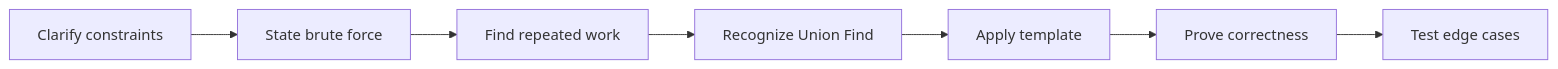
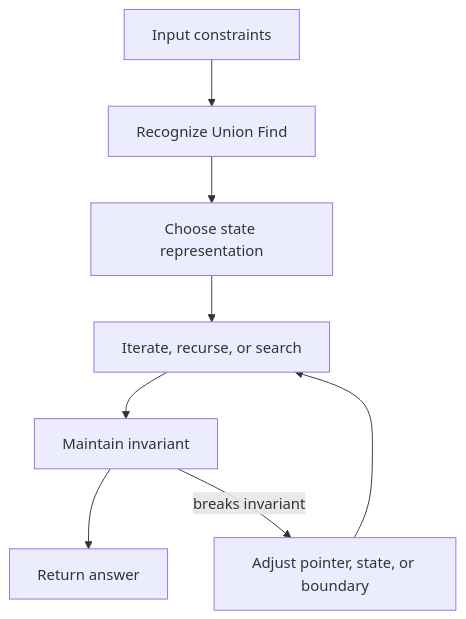
The second of 2 diagrams in coding-round/patterns/union-find/index.md (abstractinterviews/abstractinterviews.github.io), drawn with Mermaid before and after one commit. The commit also changed other lines of this file and 278 other files, not shown here.

````diff
--- a/coding-round/patterns/union-find/index.md
+++ b/coding-round/patterns/union-find/index.md
@@ -123,9 +121,10 @@
-~~~mermaid
-flowchart LR
-    A["Clarify constraints"] --> B["State brute force"]
-    B --> C["Find repeated work"]
-    C --> D["Recognize Union Find"]
-    D --> E["Apply template"]
-    E --> F["Prove correctness"]
-    F --> G["Test edge cases"]
-~~~
+```mermaid
+flowchart TD
+    Input["Input constraints"] --> Pattern["Recognize Union Find"]
+    Pattern --> State["Choose state representation"]
+    State --> Iterate["Iterate, recurse, or search"]
+    Iterate --> Check["Maintain invariant"]
+    Check --> Result["Return answer"]
+    Check -->|breaks invariant| Fix["Adjust pointer, state, or boundary"]
+    Fix --> Iterate
+```
````
